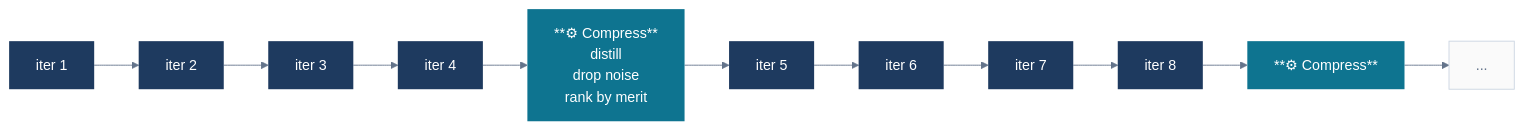
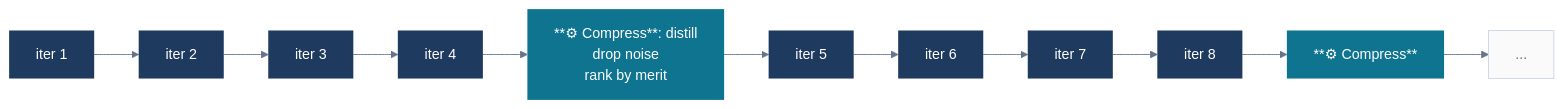
The diagram in docs/showcase/patterns/03-reflection-compression.mmd (josefigueredo/multillm-adversarial-convergence), drawn with Mermaid before and after one commit. The commit also changed 59 other files, not shown here.

```diff
--- a/docs/showcase/patterns/03-reflection-compression.mmd
+++ b/docs/showcase/patterns/03-reflection-compression.mmd
@@ -1,27 +1,27 @@
 %%{init: {'theme': 'base', 'themeVariables': {'fontSize': '16px', 'lineColor': '#64748b'}, 'flowchart': {'rankSpacing': 50, 'nodeSpacing': 25, 'curve': 'basis'}}}%%
 flowchart LR
     I1["iter 1"]
     I2["iter 2"]
     I3["iter 3"]
     I4["iter 4"]
-    Z["**⚙ Compress**\ndistill\ndrop noise\nrank by merit"]
+    Z["**⚙ Compress**: distill\ndrop noise\nrank by merit"]
     I5["iter 5"]
     I6["iter 6"]
     I7["iter 7"]
     I8["iter 8"]
     Z2["**⚙ Compress**"]
     DOTS["..."]
 
     I1 --> I2 --> I3 --> I4 --> Z --> I5 --> I6 --> I7 --> I8 --> Z2 --> DOTS
 
     style I1 fill:#1e3a5f,color:#fff,stroke:none
     style I2 fill:#1e3a5f,color:#fff,stroke:none
     style I3 fill:#1e3a5f,color:#fff,stroke:none
     style I4 fill:#1e3a5f,color:#fff,stroke:none
     style I5 fill:#1e3a5f,color:#fff,stroke:none
     style I6 fill:#1e3a5f,color:#fff,stroke:none
     style I7 fill:#1e3a5f,color:#fff,stroke:none
     style I8 fill:#1e3a5f,color:#fff,stroke:none
     style Z fill:#0e7490,color:#fff,stroke:none
     style Z2 fill:#0e7490,color:#fff,stroke:none
     style DOTS fill:#fafafa,color:#64748b,stroke:#cbd5e1
```
